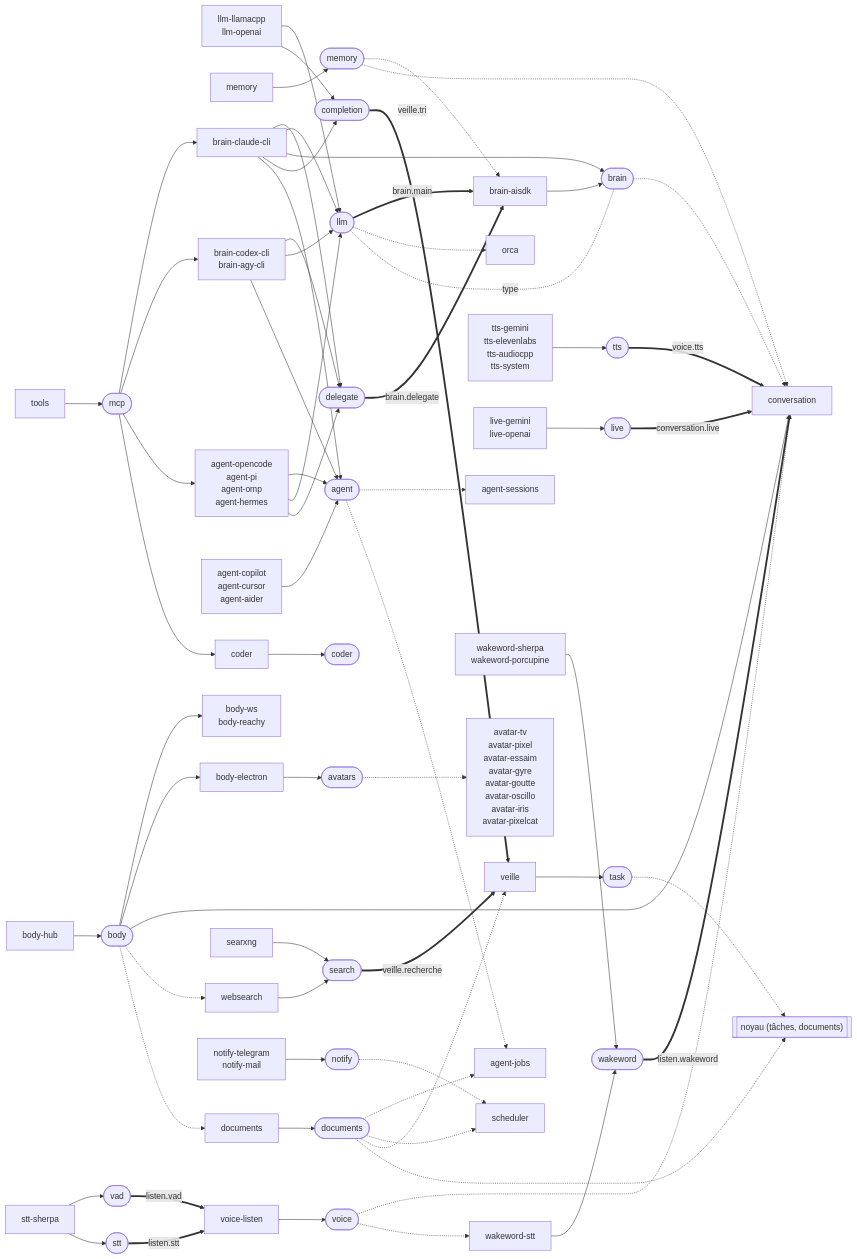
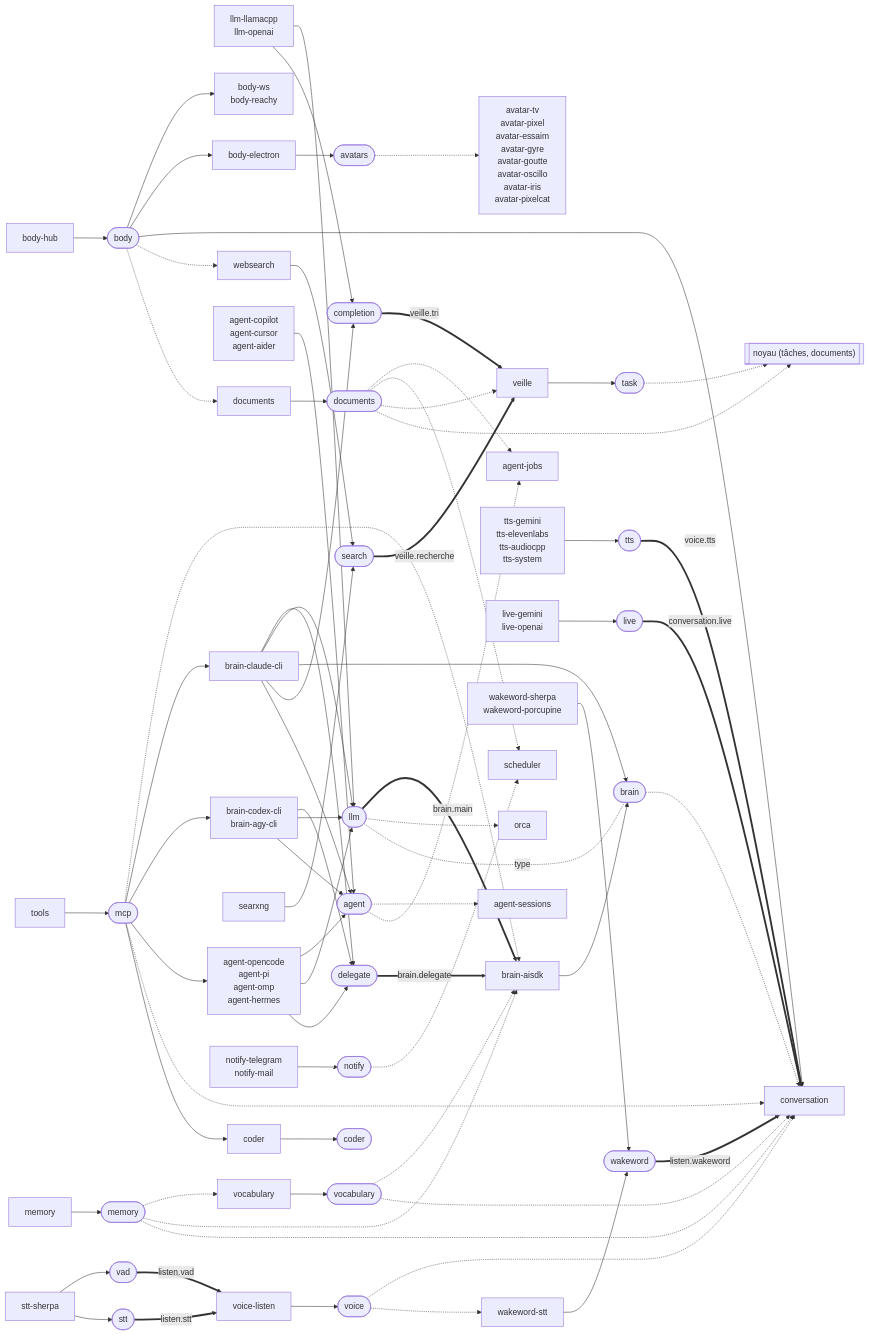
The second of 6 diagrams in docs/spec/noyau.md (gleborgne/floppy), drawn with Mermaid before and after one commit. The commit also changed other lines of this file and 44 other files, not shown here.

```diff
--- a/docs/spec/noyau.md
+++ b/docs/spec/noyau.md
@@ -76,6 +76,7 @@
   s_task(["task"])
   s_tts(["tts"])
   s_vad(["vad"])
+  s_vocabulary(["vocabulary"])
   s_voice(["voice"])
   s_wakeword(["wakeword"])
   p_tools["tools"]
@@ -85,9 +86,14 @@
   p_llm_llamacpp --> s_completion
   p_memory["memory"]
   p_memory --> s_memory
+  p_vocabulary["vocabulary"]
+  p_vocabulary --> s_vocabulary
+  s_memory -.-> p_vocabulary
   p_brain_aisdk["brain-aisdk"]
   p_brain_aisdk --> s_brain
   s_memory -.-> p_brain_aisdk
+  s_vocabulary -.-> p_brain_aisdk
+  s_mcp -.-> p_brain_aisdk
   s_llm == "brain.main" ==> p_brain_aisdk
   s_delegate == "brain.delegate" ==> p_brain_aisdk
   p_brain_claude_cli["brain-claude-cli"]
@@ -121,6 +127,8 @@
   s_brain -.-> p_conversation
   s_voice -.-> p_conversation
   s_memory -.-> p_conversation
+  s_vocabulary -.-> p_conversation
+  s_mcp -.-> p_conversation
   s_live == "conversation.live" ==> p_conversation
   s_tts == "voice.tts" ==> p_conversation
   s_wakeword == "listen.wakeword" ==> p_conversation
```
